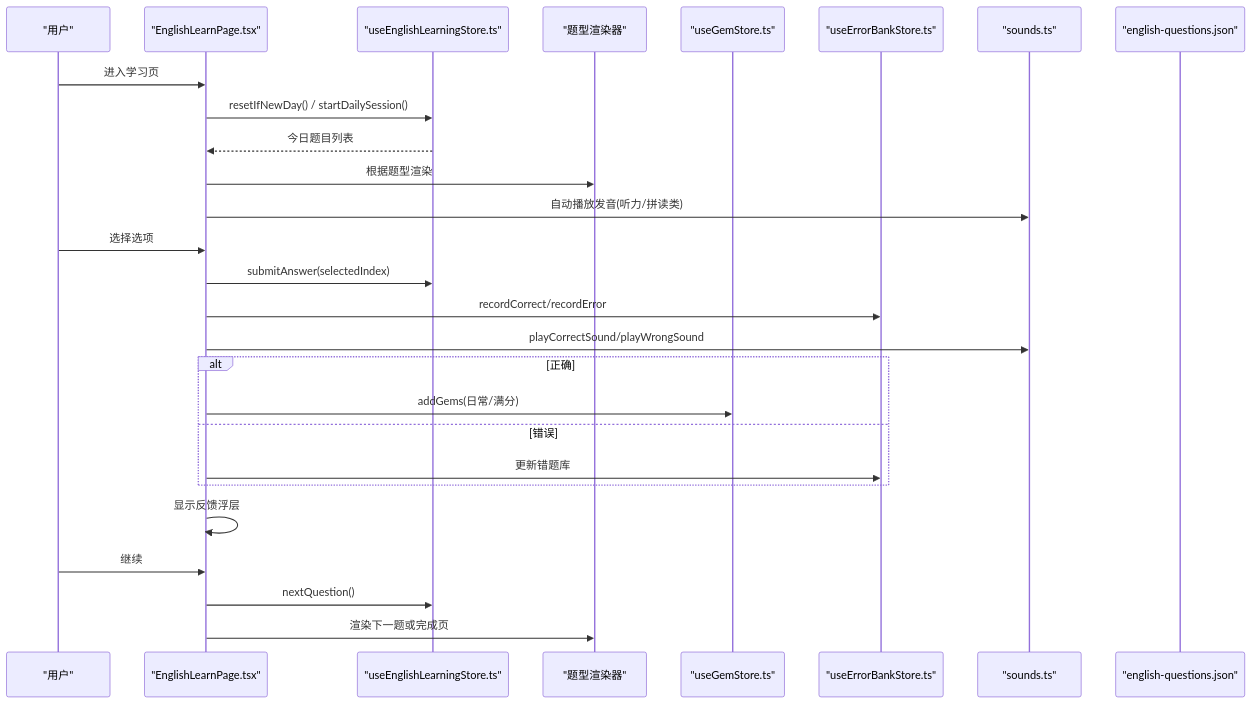
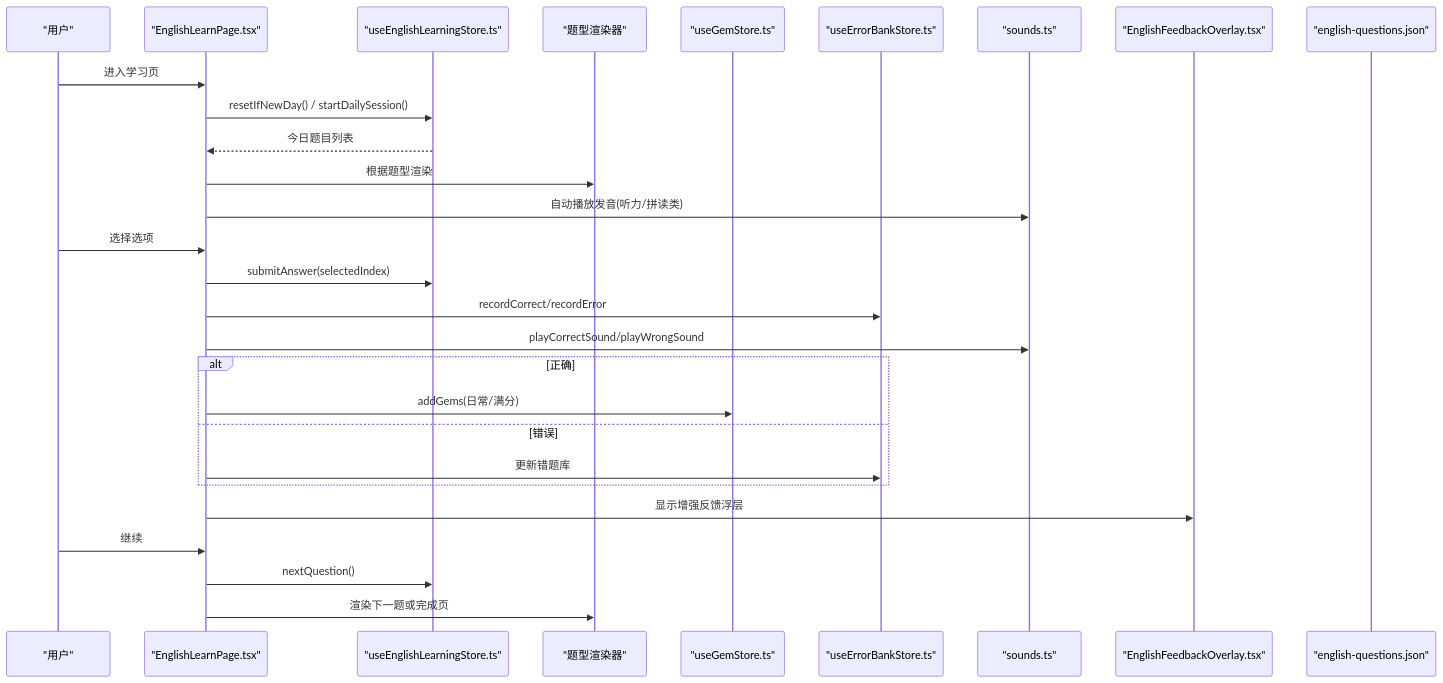
Before and after one commit to wudeng2005/rainbow-learning: the second of 7 diagrams in .qoder/repowiki/zh/content/功能组件详解/英语学习模块.md, drawn with Mermaid. The commit also changed other lines of this file and 23 other files, not shown here.

````diff
--- a/.qoder/repowiki/zh/content/功能组件详解/英语学习模块.md
+++ b/.qoder/repowiki/zh/content/功能组件详解/英语学习模块.md
@@ -139,29 +161,30 @@
 ```mermaid
 sequenceDiagram
 participant U as "用户"
 participant P as "EnglishLearnPage.tsx"
 participant S as "useEnglishLearningStore.ts"
 participant R as "题型渲染器"
 participant G as "useGemStore.ts"
 participant E as "useErrorBankStore.ts"
 participant A as "sounds.ts"
+participant F as "EnglishFeedbackOverlay.tsx"
 participant D as "english-questions.json"
 U->>P : 进入学习页
 P->>S : resetIfNewDay() / startDailySession()
 S-->>P : 今日题目列表
 P->>R : 根据题型渲染
 P->>A : 自动播放发音(听力/拼读类)
 U->>P : 选择选项
 P->>S : submitAnswer(selectedIndex)
 P->>E : recordCorrect/recordError
 P->>A : playCorrectSound/playWrongSound
 alt 正确
 P->>G : addGems(日常/满分)
 else 错误
 P->>E : 更新错题库
 end
-P->>P : 显示反馈浮层
+P->>F : 显示增强反馈浮层
 U->>P : 继续
 P->>S : nextQuestion()
 P->>R : 渲染下一题或完成页
 ```
````
